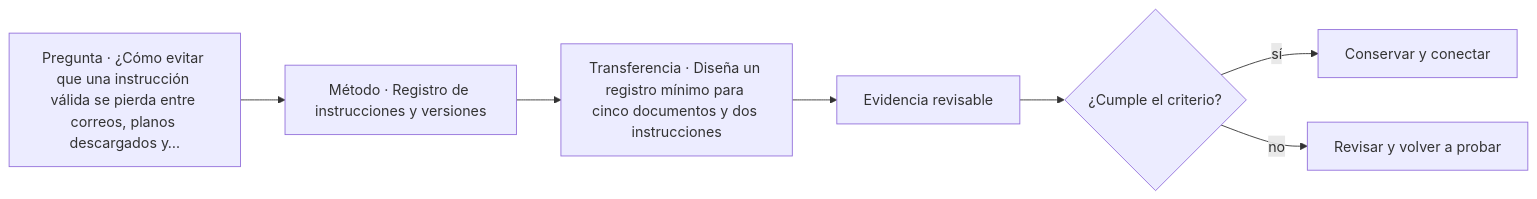
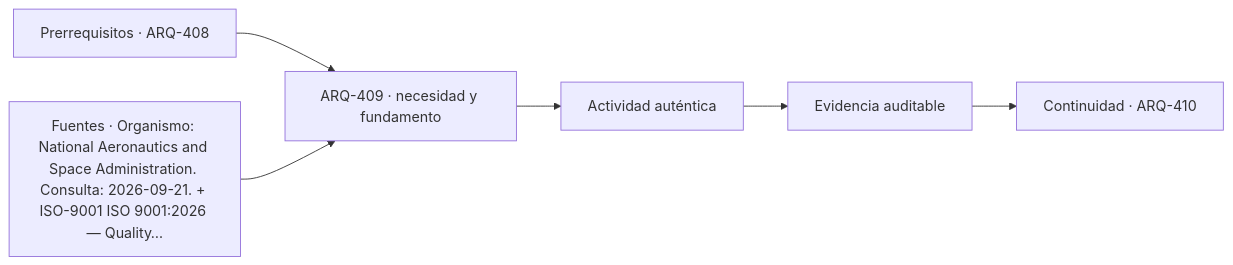
One commit to vladimiracunadev-create/architecture-built-environment-learning-program changed the diagram in classes/parte-41/ARQ-409.md. Above: the diagram before and after it, drawn with Mermaid. The commit also changed other lines of this file and 761 other files, not shown here.

````diff
--- a/classes/parte-41/ARQ-409.md
+++ b/classes/parte-41/ARQ-409.md
@@ -91,9 +103,8 @@
 ```mermaid
 flowchart LR
-    Q["Pregunta · ¿Cómo evitar que una instrucción válida se pierda entre correos, planos descargados y…"] --> M["Método · Registro de instrucciones y versiones"]
-    M --> P["Transferencia · Diseña un registro mínimo para cinco documentos y dos instrucciones"]
-    P --> E["Evidencia revisable"]
-    E --> C{"¿Cumple el criterio?"}
-    C -->|sí| T["Conservar y conectar"]
-    C -->|no| R["Revisar y volver a probar"]
+    A["Prerrequisitos · ARQ-408"] --> B["ARQ-409 · necesidad y fundamento"]
+    S["Fuentes · Organismo: National Aeronautics and Space Administration. Consulta: 2026-09-21. + ISO-9001 ISO 9001:2026 — Quality…"] --> B
+    B --> C["Actividad auténtica"]
+    C --> D["Evidencia auditable"]
+    D --> E["Continuidad · ARQ-410"]
 ```
````
